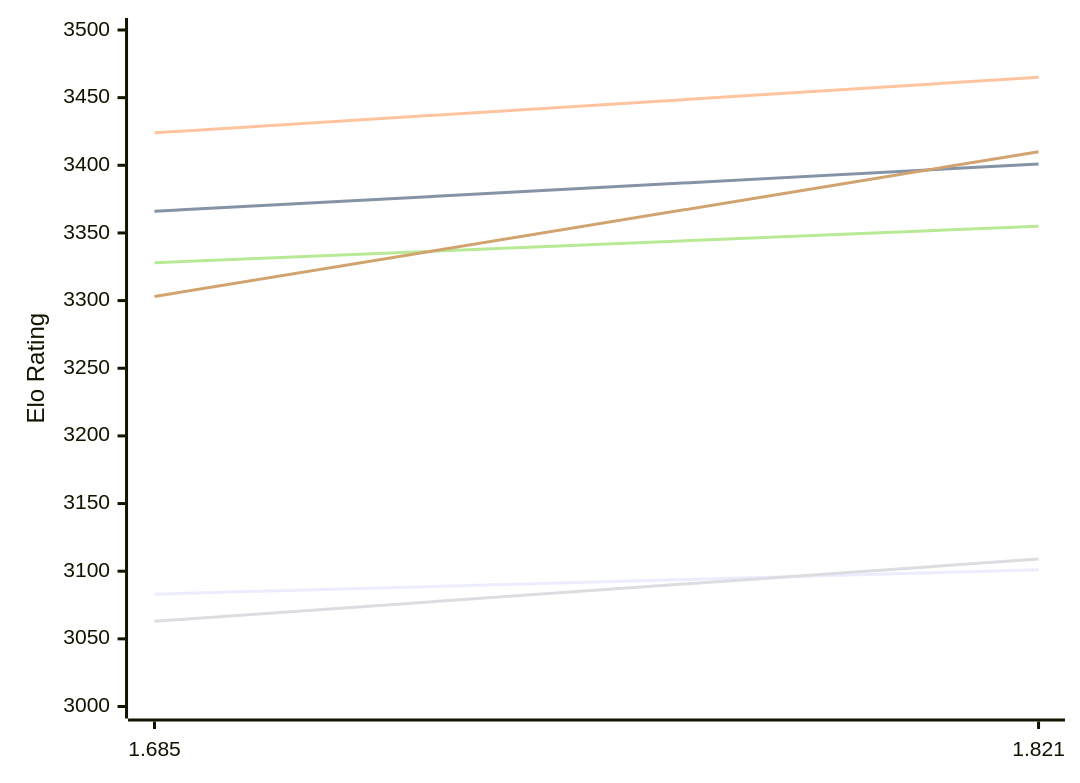
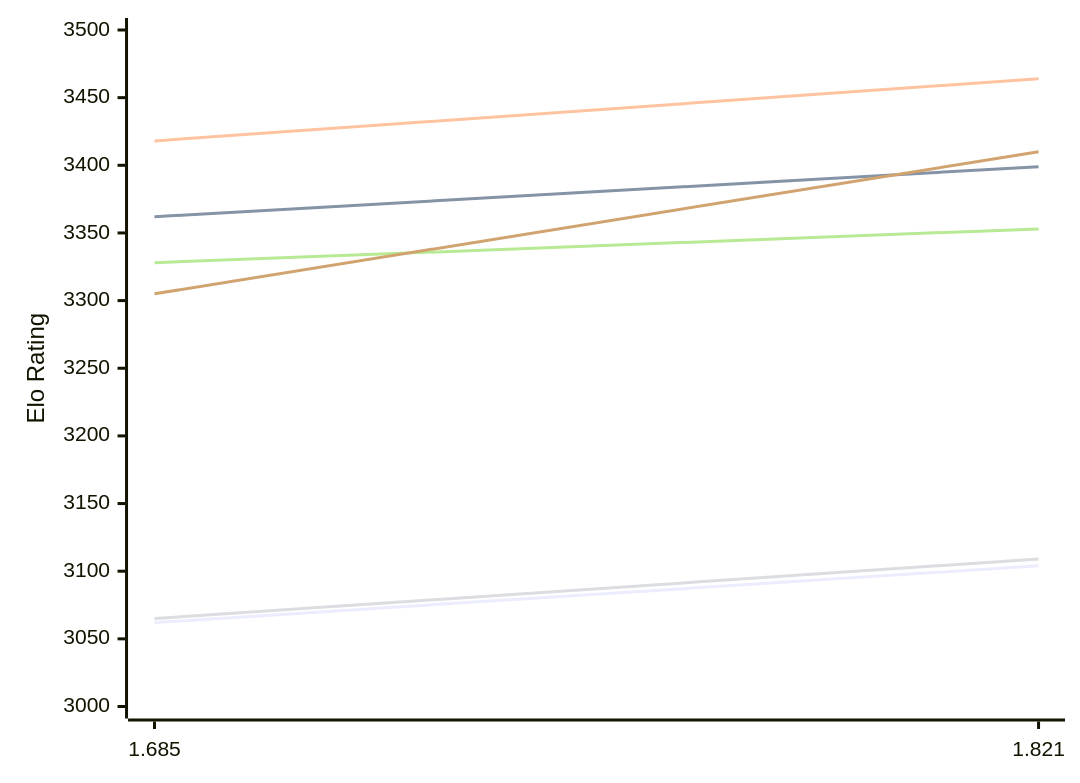
Before and after one commit to computer-chess-index/cci: the first of 2 diagrams in engines/Malika.md, drawn with Mermaid. The commit also changed other lines of this file, not shown here.

Commit message:
Update CCI Ratings (ELO VLTC) - 2026-11-28

````diff
--- a/engines/Malika.md
+++ b/engines/Malika.md
@@ -54,12 +54,12 @@
 ```mermaid
 %%{init: {"theme":"base","themeVariables":{"seriesColors:['#a3a3a3','#222221','#faa371']}}}%%
 xychart-beta
   x-axis ["1.685", "1.821"]
   y-axis "Elo Rating" 3000 --> 3500
-  line "E1: STC (8.0+0.08s)" [3083, 3101]
-  line "E1: LTC (60.0+0.60s)" [3366, 3401]
-  line "E1: VLTC (2m24s+1.12s)" [3424, 3465]
-  line "P1: STC (8.0+0.08s)" [3063, 3109]
-  line "P1: LTC (60.0+0.60s)" [3328, 3355]
-  line "P1: VLTC (2m24s+1.12s)" [3303, 3410]
+  line "E1: STC (8.0+0.08s)" [3062, 3104]
+  line "E1: LTC (60.0+0.60s)" [3362, 3399]
+  line "E1: VLTC (2m24s+1.12s)" [3418, 3464]
+  line "P1: STC (8.0+0.08s)" [3065, 3109]
+  line "P1: LTC (60.0+0.60s)" [3328, 3353]
+  line "P1: VLTC (2m24s+1.12s)" [3305, 3410]
 ```
````
